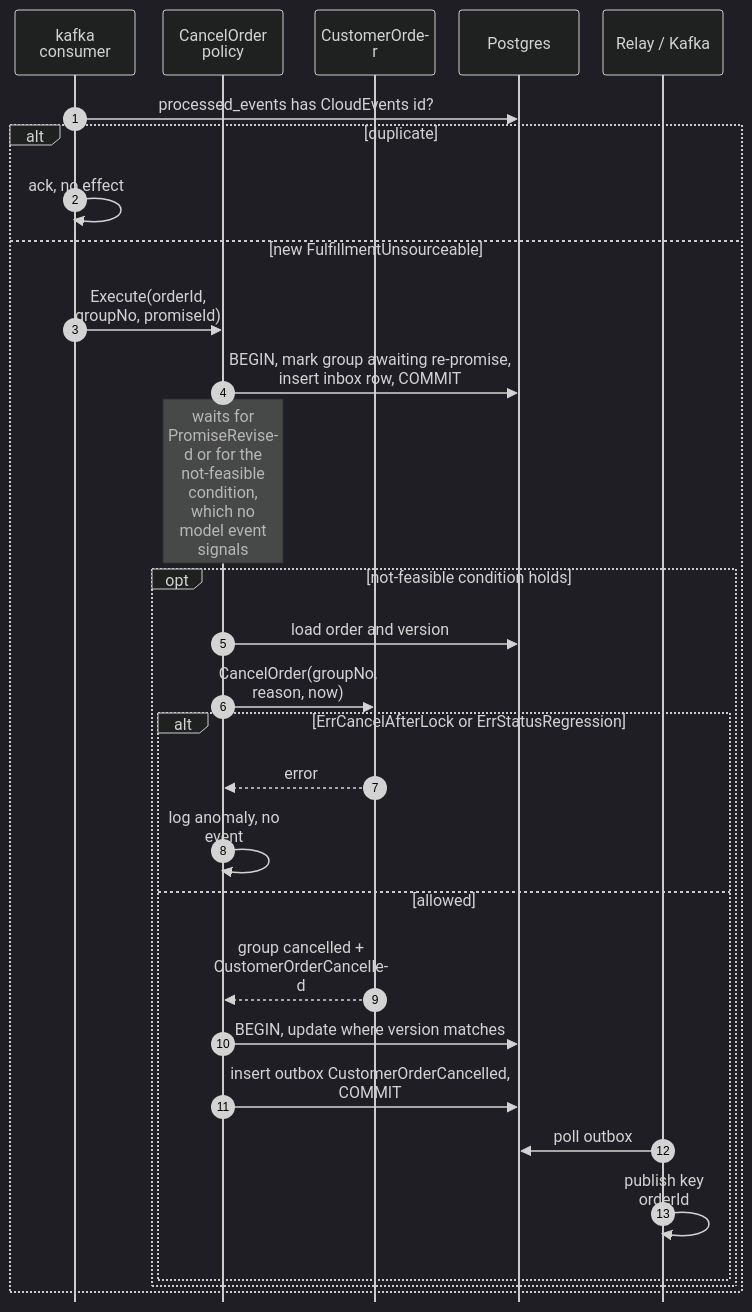
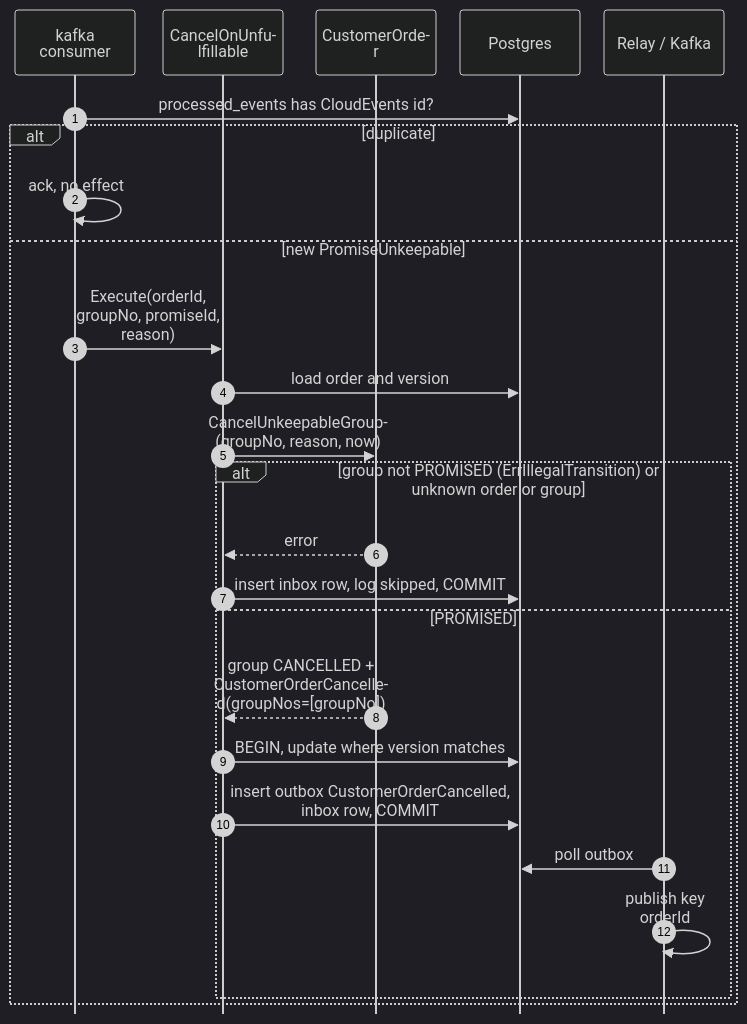
The third of 8 diagrams in network/docs/contexts/customer-ordering/sequence-diagrams.md (IQVO/warehouse-docs), drawn with Mermaid (dark theme) before and after one commit. The commit also changed other lines of this file and 11 other files, not shown here.

Commit message:
docs(network): customer-ordering pack and model follow the repo (A9 shopper check, derived status, cancel request, slugs, PromiseUnkeepable)

````diff
--- a/network/docs/contexts/customer-ordering/sequence-diagrams.md
+++ b/network/docs/contexts/customer-ordering/sequence-diagrams.md
@@ -146,32 +154,28 @@
 ```mermaid
 %%{init: {"sequence": {"wrap": true, "width": 120, "actorMargin": 24, "messageMargin": 28, "boxMargin": 6, "noteMargin": 6, "mirrorActors": false}}}%%
 sequenceDiagram
     autonumber
     participant KC as kafka consumer
-    participant UC as CancelOrder policy
+    participant UC as CancelOnUnfulfillable
     participant A as CustomerOrder
     participant DB as Postgres
     participant K as Relay / Kafka
     KC->>DB: processed_events has CloudEvents id?
     alt duplicate
         KC->>KC: ack, no effect
-    else new FulfillmentUnsourceable
-        KC->>UC: Execute(orderId, groupNo, promiseId)
-        UC->>DB: BEGIN, mark group awaiting re-promise, insert inbox row, COMMIT
-        Note over UC: waits for PromiseRevised or for the not-feasible condition, which no model event signals
-        opt not-feasible condition holds
-            UC->>DB: load order and version
-            UC->>A: CancelOrder(groupNo, reason, now)
-            alt ErrCancelAfterLock or ErrStatusRegression
-                A-->>UC: error
-                UC->>UC: log anomaly, no event
-            else allowed
-                A-->>UC: group cancelled + CustomerOrderCancelled
-                UC->>DB: BEGIN, update where version matches
-                UC->>DB: insert outbox CustomerOrderCancelled, COMMIT
-                K->>DB: poll outbox
-                K->>K: publish key orderId
-            end
+    else new PromiseUnkeepable
+        KC->>UC: Execute(orderId, groupNo, promiseId, reason)
+        UC->>DB: load order and version
+        UC->>A: CancelUnkeepableGroup(groupNo, reason, now)
+        alt group not PROMISED (ErrIllegalTransition) or unknown order or group
+            A-->>UC: error
+            UC->>DB: insert inbox row, log skipped, COMMIT
+        else PROMISED
+            A-->>UC: group CANCELLED + CustomerOrderCancelled(groupNos=[groupNo])
+            UC->>DB: BEGIN, update where version matches
+            UC->>DB: insert outbox CustomerOrderCancelled, inbox row, COMMIT
+            K->>DB: poll outbox
+            K->>K: publish key orderId
         end
     end
 ```
````
